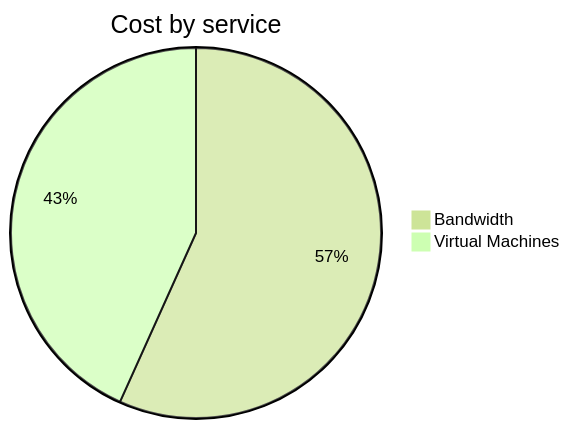
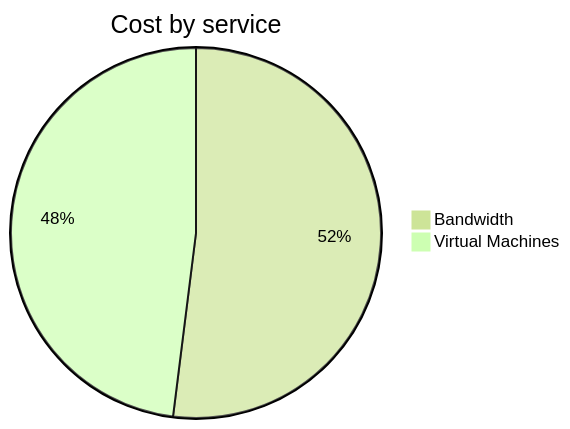
The second of 4 diagrams in cost-reports/personal-network/vpn-server.md (jpfulton/azure-personal-reports), drawn with Mermaid (forest theme) before and after one commit. The commit also changed other lines of this file and 8 other files, not shown here.

````diff
--- a/cost-reports/personal-network/vpn-server.md
+++ b/cost-reports/personal-network/vpn-server.md
@@ -96,6 +96,6 @@
 ```mermaid
 pie
    title Cost by service
    "Bandwidth" : 1.18
-   "Virtual Machines" : 0.90
+   "Virtual Machines" : 1.09
 ```
````
